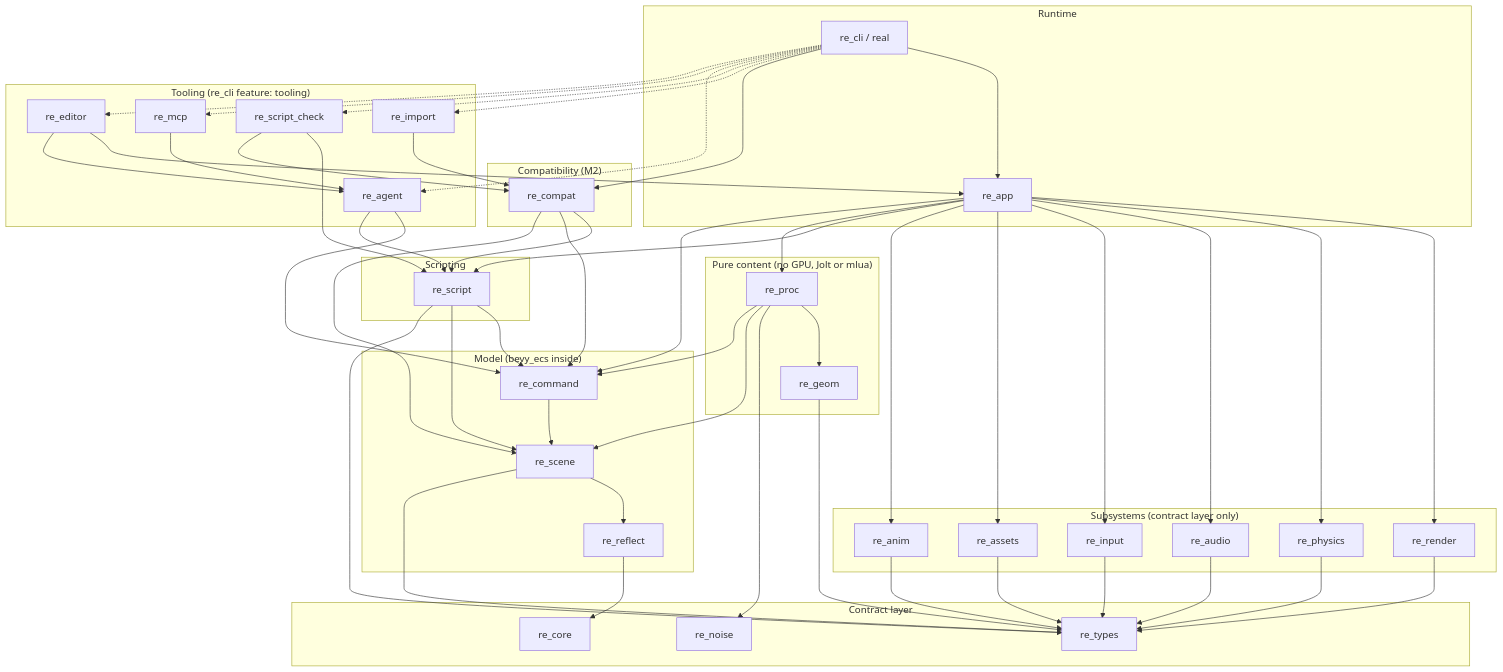
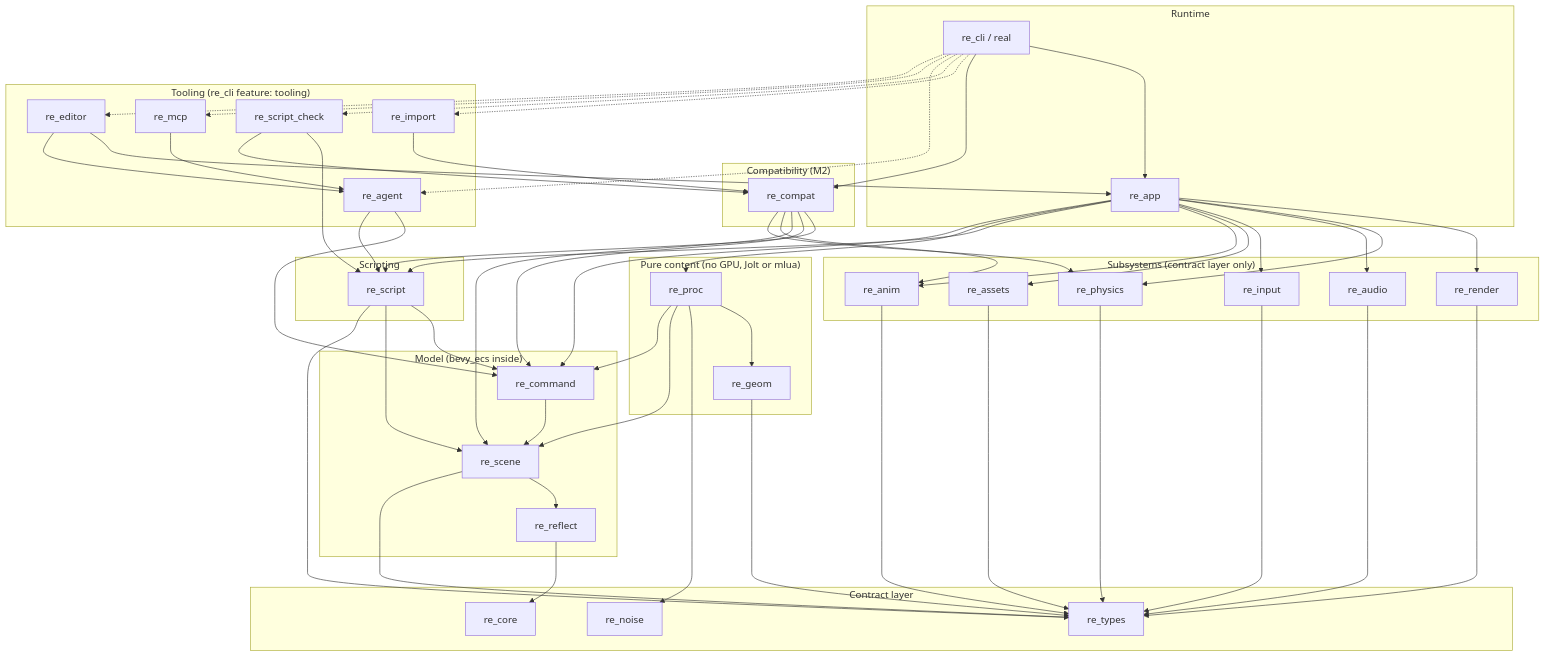
Before and after one commit to dullyontop/real-engine: the diagram in docs/ARCHITECTURE.md, drawn with Mermaid. The commit also changed other lines of this file and 1 other file, not shown here.

First line of the commit message:
Docs: MCP additions (WP17); M2 plan fixes; re_compat may use re_anim and re_physics (#51)

````diff
--- a/docs/ARCHITECTURE.md
+++ b/docs/ARCHITECTURE.md
@@ -31,74 +31,76 @@
 ```mermaid
 graph TD
   subgraph "Contract layer"
     core[re_core]
     types[re_types]
     noise[re_noise]
   end
 
   subgraph "Model (bevy_ecs inside)"
     reflect[re_reflect] --> core
     scene[re_scene] --> reflect
     scene --> types
     command[re_command] --> scene
   end
 
   subgraph "Pure content (no GPU, Jolt or mlua)"
     geom[re_geom] --> types
     proc[re_proc] --> geom
     proc --> noise
     proc --> scene
     proc --> command
   end
 
   subgraph "Subsystems (contract layer only)"
     render[re_render] --> types
     physics[re_physics] --> types
     audio[re_audio] --> types
     input[re_input] --> types
     assets[re_assets] --> types
     anim[re_anim] --> types
   end
 
   subgraph Scripting
     script[re_script] --> command
     script --> scene
     script --> types
   end
 
   subgraph Runtime
     app[re_app] --> render
     app --> physics
     app --> audio
     app --> input
     app --> assets
     app --> anim
     app --> script
     app --> proc
     app --> command
     cli[re_cli / real] --> app
   end
 
   subgraph "Compatibility (M2)"
     compat[re_compat] --> script
     compat --> command
     compat --> scene
+    compat --> anim
+    compat --> physics
     cli --> compat
   end
 
   subgraph "Tooling (re_cli feature: tooling)"
     check[re_script_check] --> script
     check --> compat
     import[re_import] --> compat
     cli -.-> import
     agent[re_agent] --> command
     agent --> script
     mcp[re_mcp] --> agent
     editor[re_editor] --> app
     editor --> agent
     cli -.-> check
     cli -.-> agent
     cli -.-> mcp
     cli -.-> editor
   end
 ```
````
